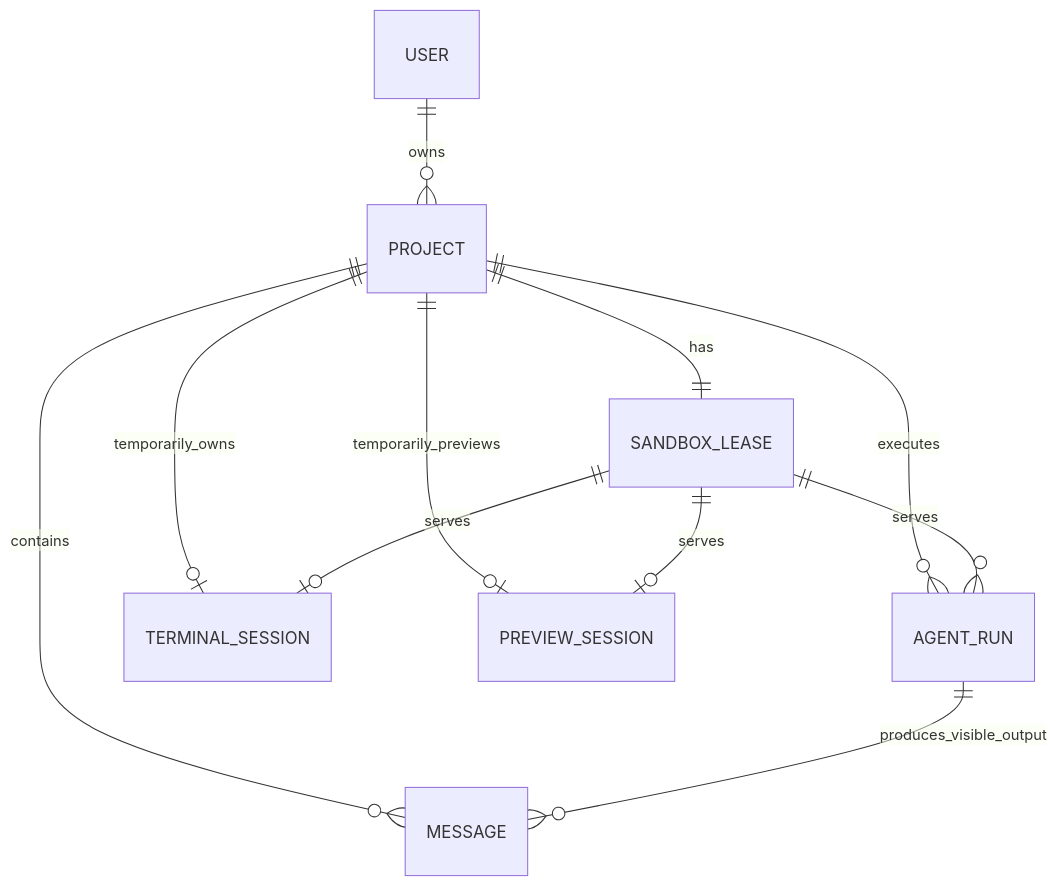
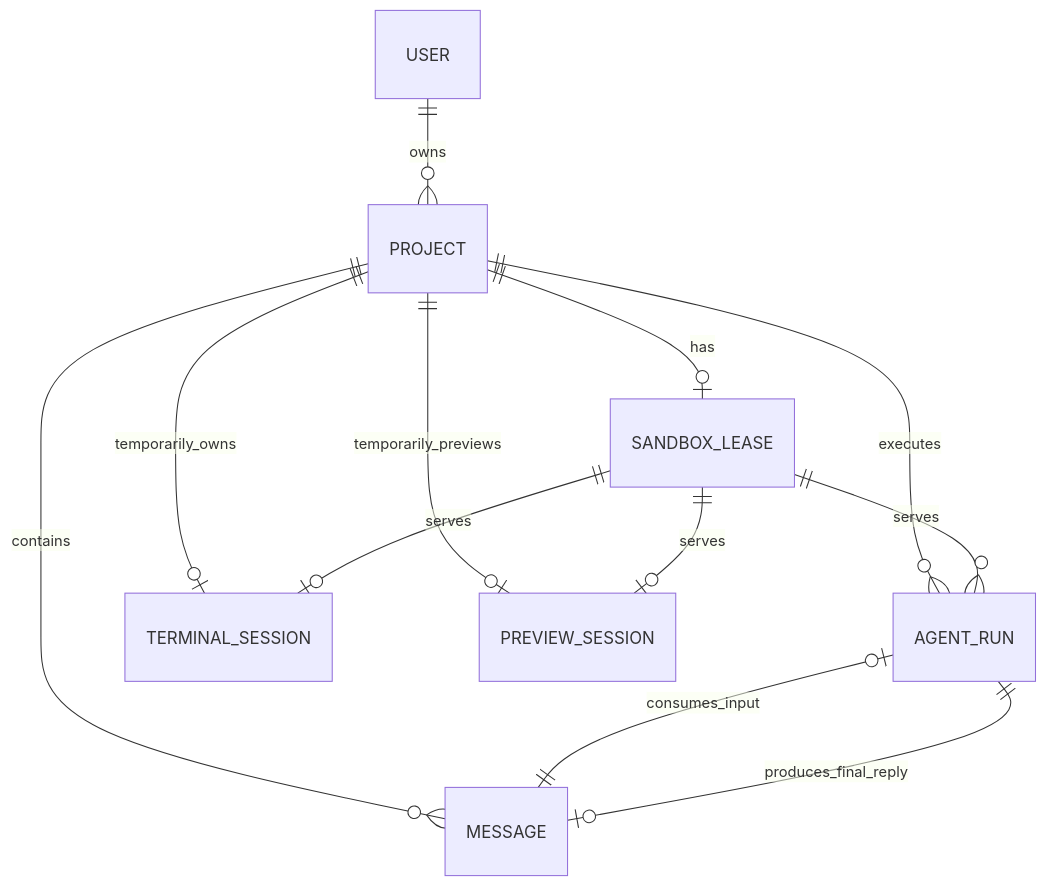
One commit to DeyunMa/agent-online changed the diagram in CONTEXT.md. Above: the diagram before and after it, drawn with Mermaid. The commit also changed other lines of this file and 5 other files, not shown here.

````diff
--- a/CONTEXT.md
+++ b/CONTEXT.md
@@ -31,13 +31,14 @@
 ```mermaid
 erDiagram
     USER ||--o{ PROJECT : owns
     PROJECT ||--o{ MESSAGE : contains
-    PROJECT ||--|| SANDBOX_LEASE : has
+    PROJECT ||--o| SANDBOX_LEASE : has
     PROJECT ||--o{ AGENT_RUN : executes
     PROJECT ||--o| TERMINAL_SESSION : temporarily_owns
     PROJECT ||--o| PREVIEW_SESSION : temporarily_previews
     SANDBOX_LEASE ||--o{ AGENT_RUN : serves
     SANDBOX_LEASE ||--o| TERMINAL_SESSION : serves
     SANDBOX_LEASE ||--o| PREVIEW_SESSION : serves
-    AGENT_RUN ||--o{ MESSAGE : produces_visible_output
+    AGENT_RUN o|--|| MESSAGE : consumes_input
+    AGENT_RUN ||--o| MESSAGE : produces_final_reply
 ```
````
